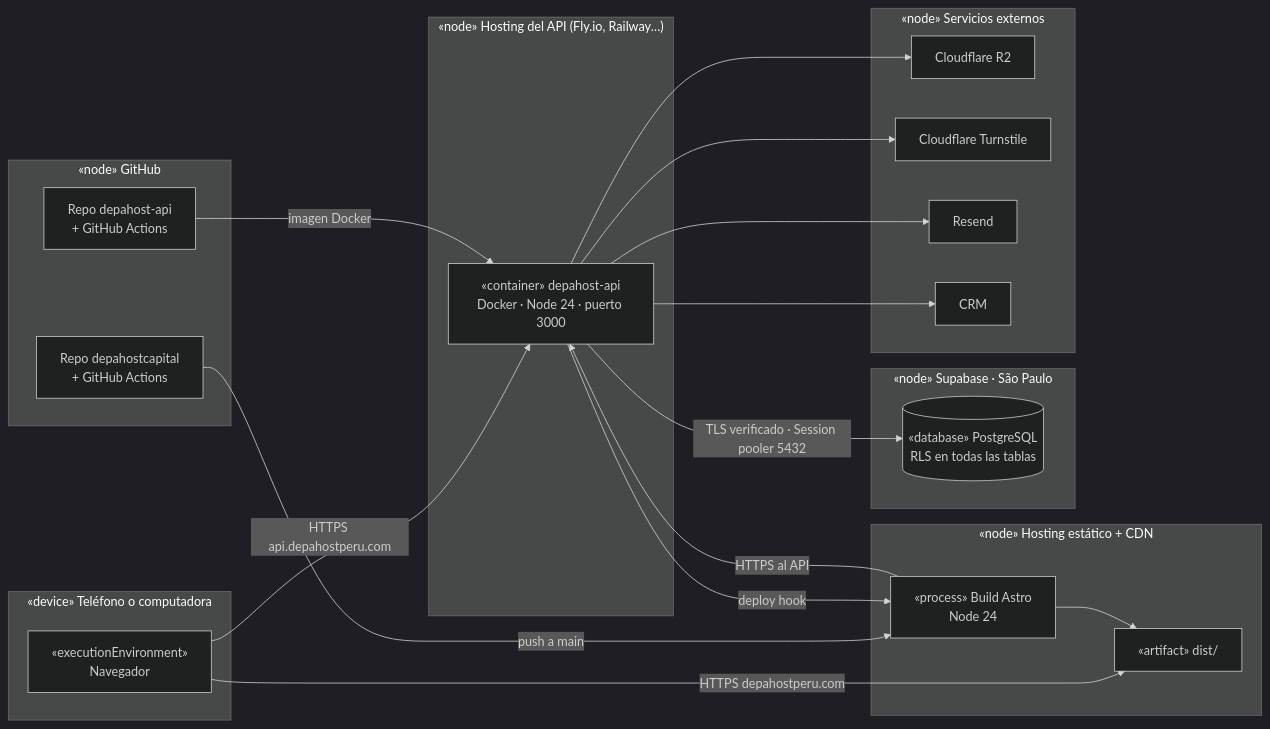
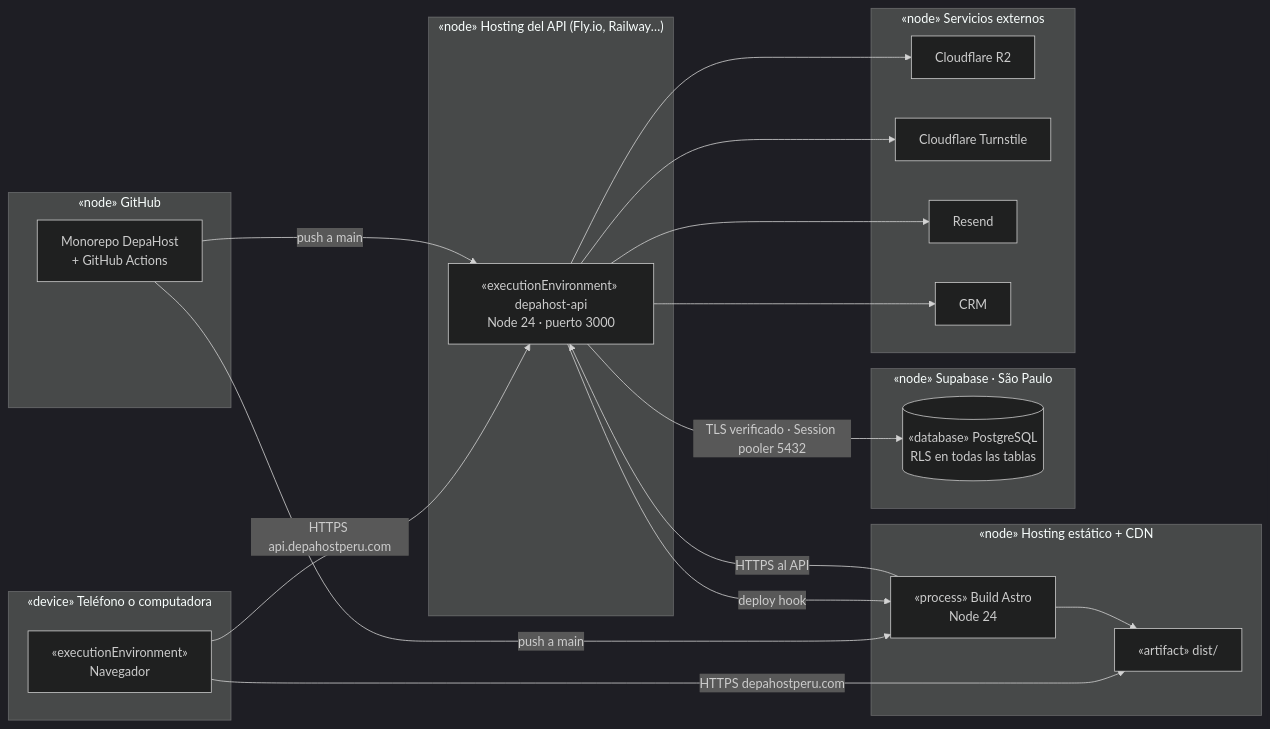
One commit to samirharrytl/DHC_landing changed the third of 4 diagrams in docs/plataforma/01-arquitectura.md. Above: the diagram before and after it, drawn with Mermaid (dark theme). The commit also changed other lines of this file and 2 other files, not shown here.

Commit message:
Quita Docker: el API se publica como app de Node
Se borran el Dockerfile y su .dockerignore, y el paso docker build de la CI. En producción el
hosting instala en la raíz, construye con `pnpm --filter depahost-api build` y arranca con
`pnpm --filter depahost-api start`; las migraciones se siguen aplicando al arrancar.

````diff
--- a/docs/plataforma/01-arquitectura.md
+++ b/docs/plataforma/01-arquitectura.md
@@ -84,41 +84,40 @@
 ```mermaid
 flowchart LR
     subgraph Cliente["«device» Teléfono o computadora"]
         B["«executionEnvironment»<br/>Navegador"]
     end
 
     subgraph CDN["«node» Hosting estático + CDN"]
         S["«artifact» dist/"]
         CI1["«process» Build Astro<br/>Node 24"]
     end
 
     subgraph Cloud["«node» Hosting del API (Fly.io, Railway…)"]
-        C["«container» depahost-api<br/>Docker · Node 24 · puerto 3000"]
+        C["«executionEnvironment» depahost-api<br/>Node 24 · puerto 3000"]
     end
 
     subgraph SB["«node» Supabase · São Paulo"]
         D[("«database» PostgreSQL<br/>RLS en todas las tablas")]
     end
 
     subgraph Ext["«node» Servicios externos"]
         E1["Cloudflare R2"]
         E2["Cloudflare Turnstile"]
         E3["Resend"]
         E4["CRM"]
     end
 
     subgraph GH["«node» GitHub"]
-        G1["Repo depahostcapital<br/>+ GitHub Actions"]
-        G2["Repo depahost-api<br/>+ GitHub Actions"]
+        G1["Monorepo DepaHost<br/>+ GitHub Actions"]
     end
 
     B -- "HTTPS depahostperu.com" --> S
     B -- "HTTPS api.depahostperu.com" --> C
     C -- "TLS verificado · Session pooler 5432" --> D
     C --> E1 & E2 & E3 & E4
     G1 -- "push a main" --> CI1
     C -- "deploy hook" --> CI1
     CI1 -- "HTTPS al API" --> C
     CI1 --> S
-    G2 -- "imagen Docker" --> C
+    G1 -- "push a main" --> C
 ```
````
